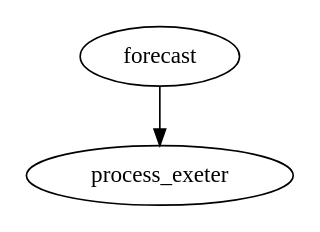
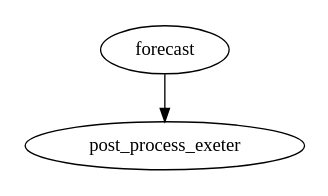
Before and after one commit to metomi/rose: the third of 5 diagrams in sphinx/tutorial/cylc/scheduling/datetime-cycling.rst, drawn with Graphviz. The commit also changed other lines of this file, not shown here.

```diff
--- a/sphinx/tutorial/cylc/scheduling/datetime-cycling.rst
+++ b/sphinx/tutorial/cylc/scheduling/datetime-cycling.rst
@@ -294,7 +312,7 @@
-     .. digraph:: example
-        :align: center
+.. digraph:: example
+   :align: center
 
-        size = "1.5,1"
-        bgcolor=none
+   size = "1.5,1"
+   bgcolor=none
 
-        "forecast" -> "process_exeter"
+   "forecast" -> "post_process_exeter"
```
